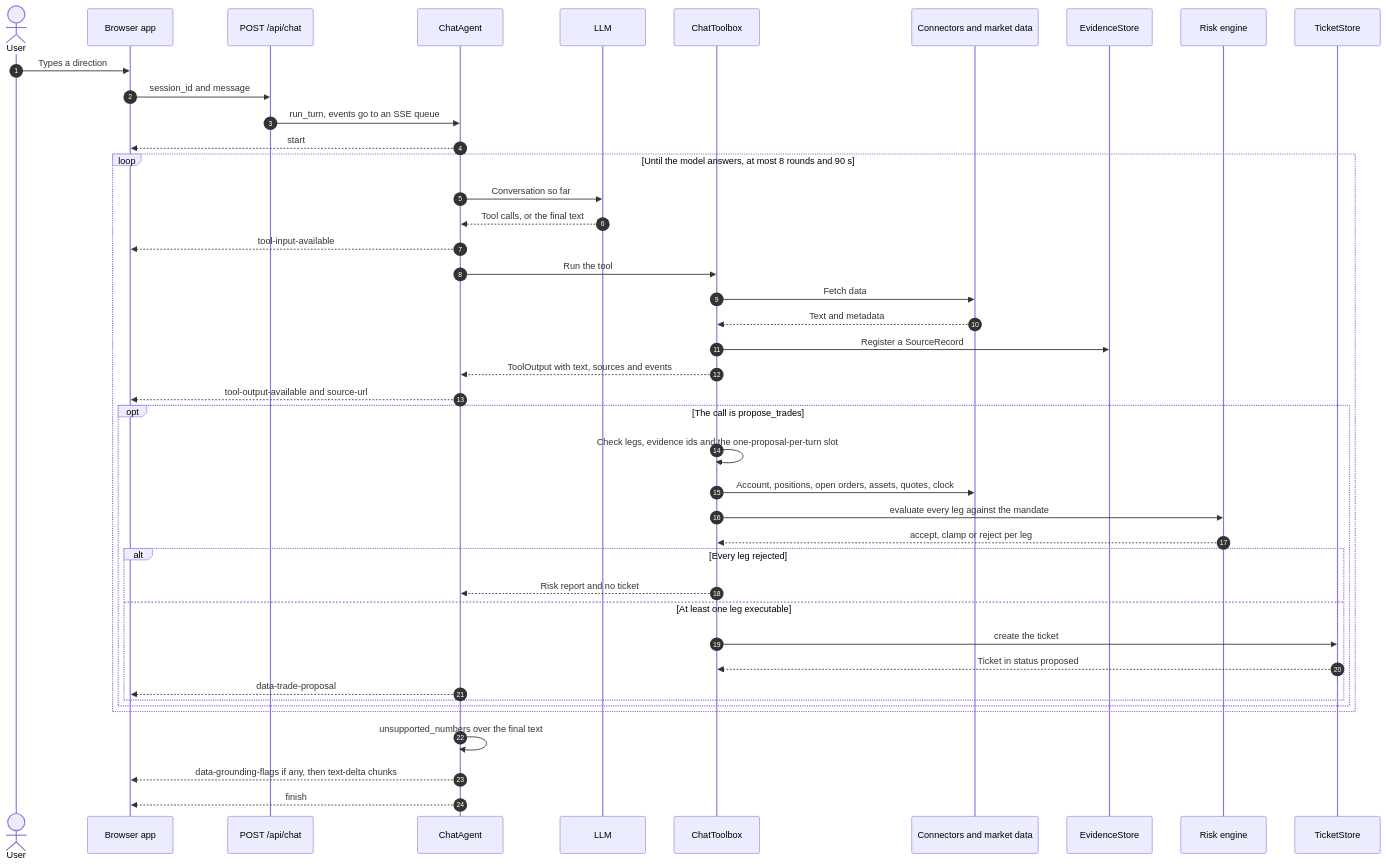
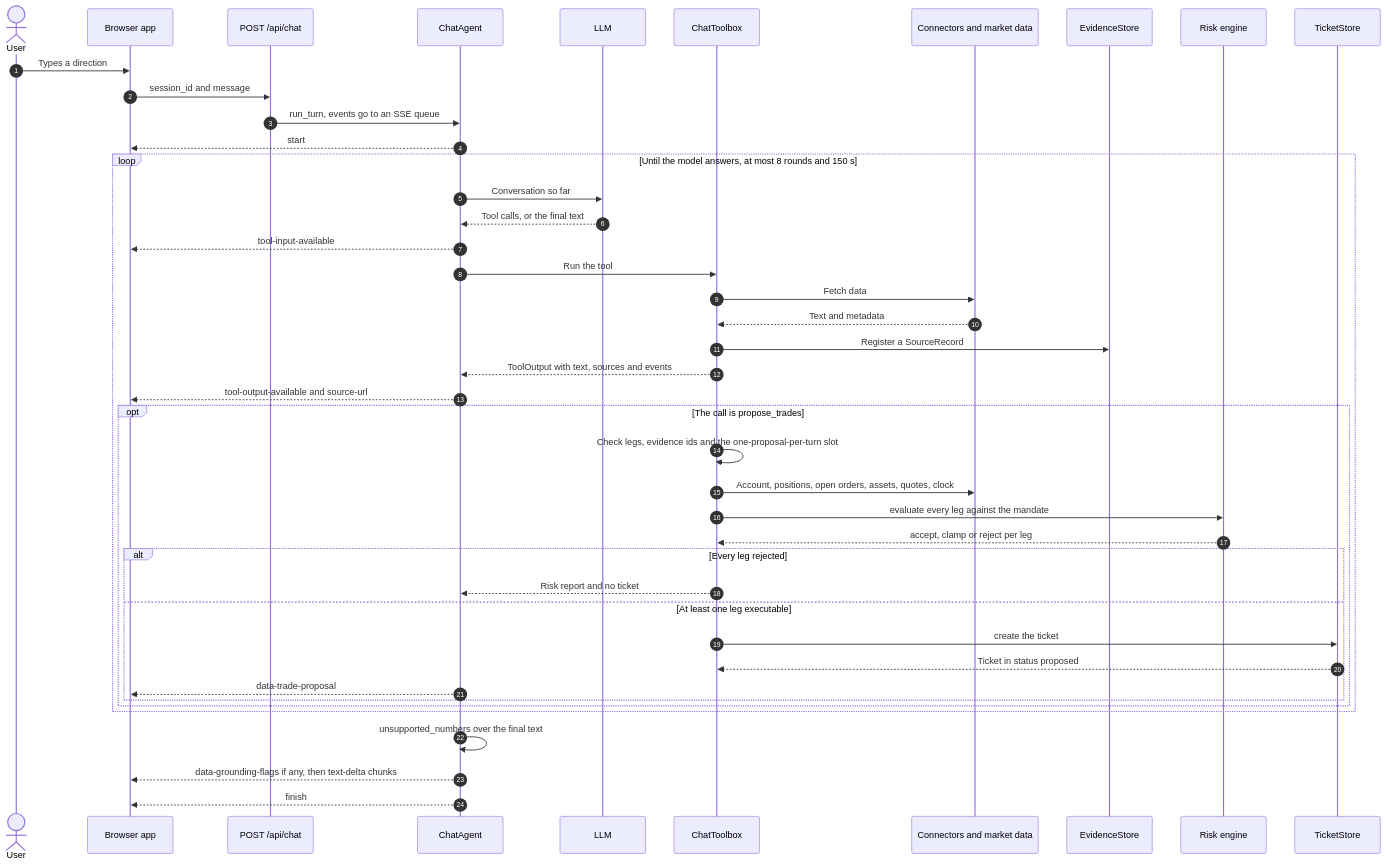
One commit to heon-1219/tradingDecisionAgent changed the second of 8 diagrams in docs/architecture.md. Above: the diagram before and after it, drawn with Mermaid. The commit also changed other lines of this file and 3 other files, not shown here.

First line of the commit message:
fix(chat): fewer model rounds per turn and a 150 s turn budget

````diff
--- a/docs/architecture.md
+++ b/docs/architecture.md
@@ -170,46 +170,46 @@
 ```mermaid
 sequenceDiagram
     autonumber
     actor U as User
     participant UI as Browser app
     participant API as POST /api/chat
     participant A as ChatAgent
     participant L as LLM
     participant T as ChatToolbox
     participant C as Connectors and market data
     participant E as EvidenceStore
     participant R as Risk engine
     participant K as TicketStore
 
     U->>UI: Types a direction
     UI->>API: session_id and message
     API->>A: run_turn, events go to an SSE queue
     A-->>UI: start
-    loop Until the model answers, at most 8 rounds and 90 s
+    loop Until the model answers, at most 8 rounds and 150 s
         A->>L: Conversation so far
         L-->>A: Tool calls, or the final text
         A-->>UI: tool-input-available
         A->>T: Run the tool
         T->>C: Fetch data
         C-->>T: Text and metadata
         T->>E: Register a SourceRecord
         T-->>A: ToolOutput with text, sources and events
         A-->>UI: tool-output-available and source-url
         opt The call is propose_trades
             T->>T: Check legs, evidence ids and the one-proposal-per-turn slot
             T->>C: Account, positions, open orders, assets, quotes, clock
             T->>R: evaluate every leg against the mandate
             R-->>T: accept, clamp or reject per leg
             alt Every leg rejected
                 T-->>A: Risk report and no ticket
             else At least one leg executable
                 T->>K: create the ticket
                 K-->>T: Ticket in status proposed
                 A-->>UI: data-trade-proposal
             end
         end
     end
     A->>A: unsupported_numbers over the final text
     A-->>UI: data-grounding-flags if any, then text-delta chunks
     A-->>UI: finish
 ```
````
